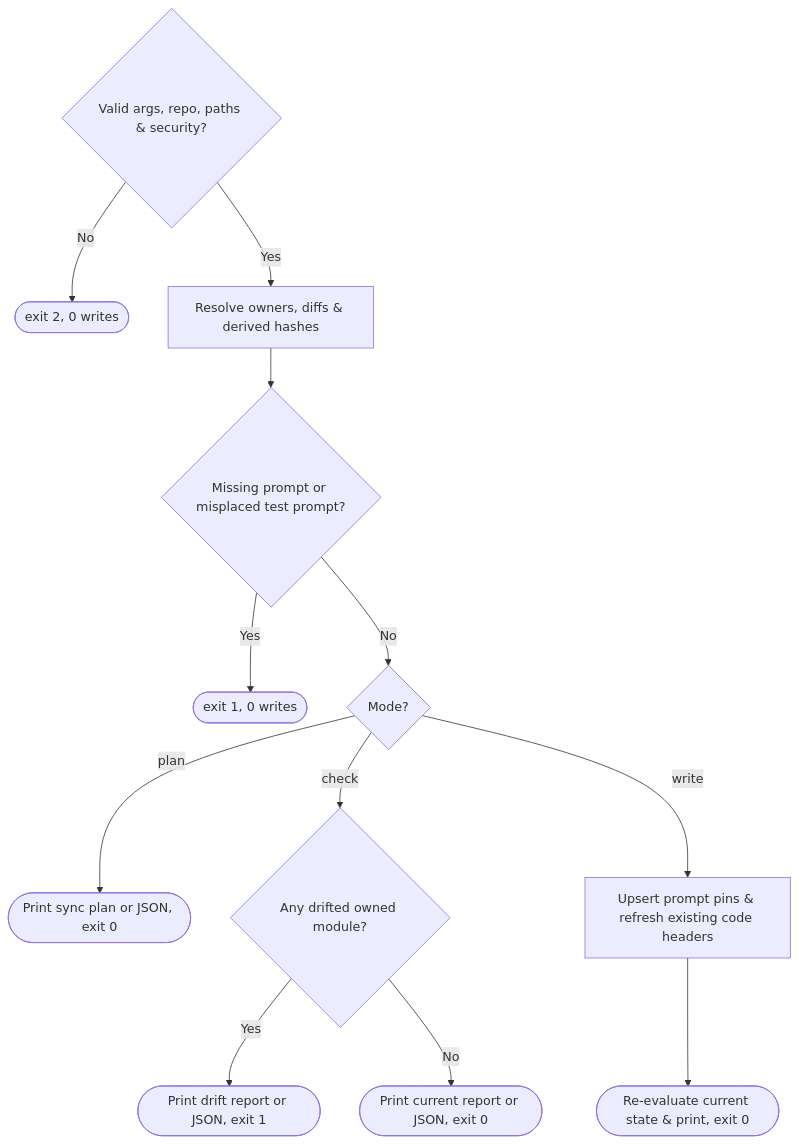
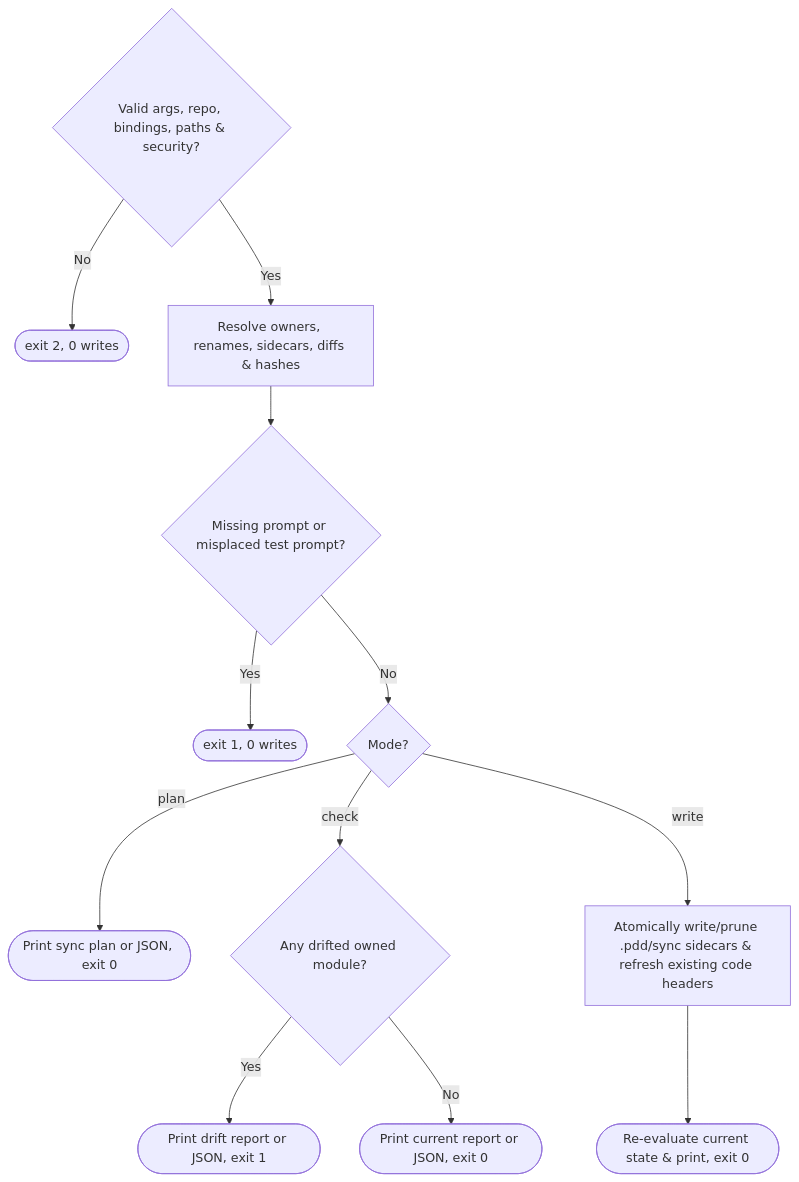
Before and after one commit to promptdriven/pdd: the diagram in prompts/cli/update-sync.prompt.md, drawn with Mermaid. The commit also changed other lines of this file and 8 other files, not shown here.

Commit message:
fix(update): address R1 review findings with disjoint .pdd/sync sidecars and hardening (#3447, #3203)

````diff
--- a/prompts/cli/update-sync.prompt.md
+++ b/prompts/cli/update-sync.prompt.md
@@ -40,14 +47,14 @@
 ```mermaid
 flowchart TD
-    V{Valid args, repo, paths & security?} -->|No| E2([exit 2, 0 writes])
-    V -->|Yes| O[Resolve owners, diffs & derived hashes]
+    V{Valid args, repo, bindings, paths & security?} -->|No| E2([exit 2, 0 writes])
+    V -->|Yes| O[Resolve owners, renames, sidecars, diffs & hashes]
     O --> P{Missing prompt or misplaced test prompt?}
     P -->|Yes| E1([exit 1, 0 writes])
     P -->|No| M{Mode?}
     M -->|plan| OUT0([Print sync plan or JSON, exit 0])
     M -->|check| D{Any drifted owned module?}
     D -->|Yes| OUT1([Print drift report or JSON, exit 1])
     D -->|No| OUTC([Print current report or JSON, exit 0])
-    M -->|write| W[Upsert prompt pins & refresh existing code headers]
+    M -->|write| W[Atomically write/prune .pdd/sync sidecars & refresh existing code headers]
     W --> OUTW([Re-evaluate current state & print, exit 0])
 ```
````
